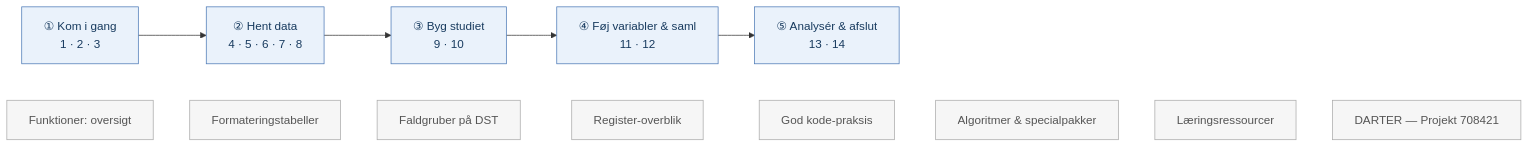
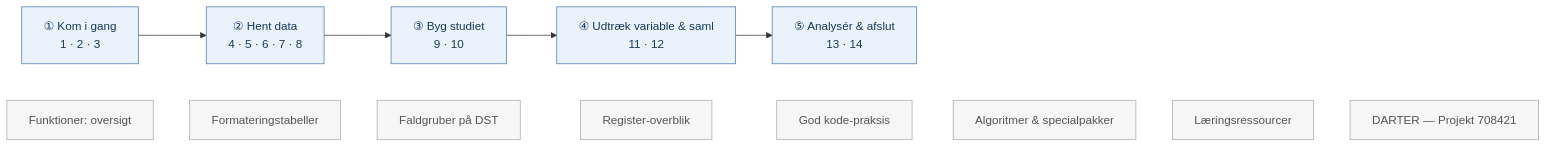
One commit to steno-aarhus/registers-guide changed the diagram in docs/da/00_index.qmd. Above: the diagram before and after it, drawn with Mermaid. The commit also changed other lines of this file and 34 other files, not shown here.

````diff
--- a/docs/da/00_index.qmd
+++ b/docs/da/00_index.qmd
@@ -56,9 +56,9 @@
 ```{mermaid}
 flowchart LR
-    S1["①  Kom i gang<br>1 · 2 · 3"] --> S2["②  Hent data<br>4 · 5 · 6 · 7 · 8"] --> S3["③  Byg studiet<br>9 · 10"] --> S4["④  Føj variabler & saml<br>11 · 12"] --> S5["⑤  Analysér & afslut<br>13 · 14"]
+    S1["①  Kom i gang<br>1 · 2 · 3"] --> S2["②  Hent data<br>4 · 5 · 6 · 7 · 8"] --> S3["③  Byg studiet<br>9 · 10"] --> S4["④  Udtræk variable & saml<br>11 · 12"] --> S5["⑤  Analysér & afslut<br>13 · 14"]
     O1["Funktioner: oversigt"] ~~~ O2["Formateringstabeller"] ~~~ O3["Faldgruber på DST"] ~~~ O4["Register-overblik"] ~~~ O5["God kode-praksis"] ~~~ O6["Algoritmer & specialpakker"] ~~~ O7["Læringsressourcer"] ~~~ O8["DARTER — Projekt 708421"]
     classDef stage fill:#eaf2fb,stroke:#4a78b5,stroke-width:1px,color:#173a5e;
     classDef ref fill:#f6f6f6,stroke:#aaaaaa,color:#555555;
     class S1,S2,S3,S4,S5 stage
     class O1,O2,O3,O4,O5,O6,O7,O8 ref
 ```
````
